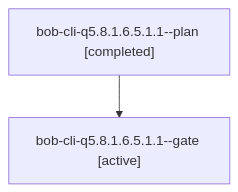
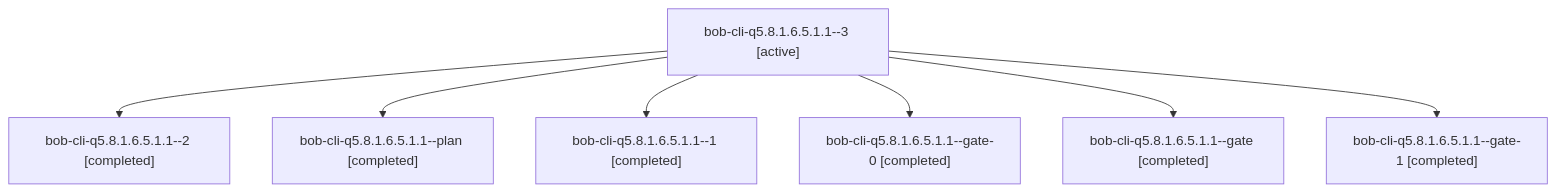
The diagram in sessions/bbugyi200.athena.bob-cli-q5.8.1.6.5.1.1.md (bobs-org/bob-cli--agents), drawn with Mermaid before and after one commit. The commit also changed other lines of this file and 326 other files, not shown here.

````diff
--- a/sessions/bbugyi200.athena.bob-cli-q5.8.1.6.5.1.1.md
+++ b/sessions/bbugyi200.athena.bob-cli-q5.8.1.6.5.1.1.md
@@ -9,6 +9,16 @@
 ```mermaid
 flowchart TD
-  n0["bob-cli-q5.8.1.6.5.1.1--plan [completed]"]
-  n1["bob-cli-q5.8.1.6.5.1.1--gate [active]"]
+  n0["bob-cli-q5.8.1.6.5.1.1--3 [active]"]
+  n1["bob-cli-q5.8.1.6.5.1.1--2 [completed]"]
   n0 --> n1
+  n2["bob-cli-q5.8.1.6.5.1.1--plan [completed]"]
+  n0 --> n2
+  n3["bob-cli-q5.8.1.6.5.1.1--1 [completed]"]
+  n0 --> n3
+  n4["bob-cli-q5.8.1.6.5.1.1--gate-0 [completed]"]
+  n0 --> n4
+  n5["bob-cli-q5.8.1.6.5.1.1--gate [completed]"]
+  n0 --> n5
+  n6["bob-cli-q5.8.1.6.5.1.1--gate-1 [completed]"]
+  n0 --> n6
 ```
````
